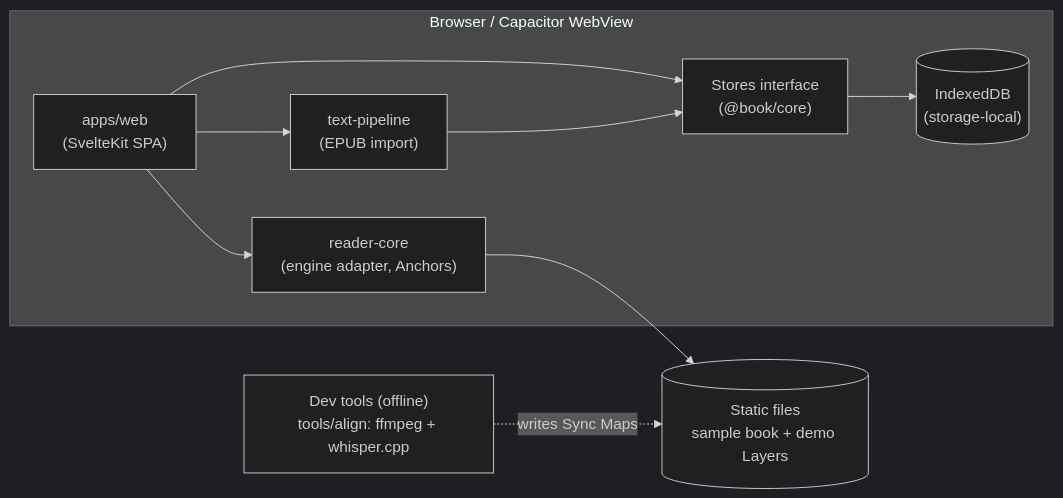
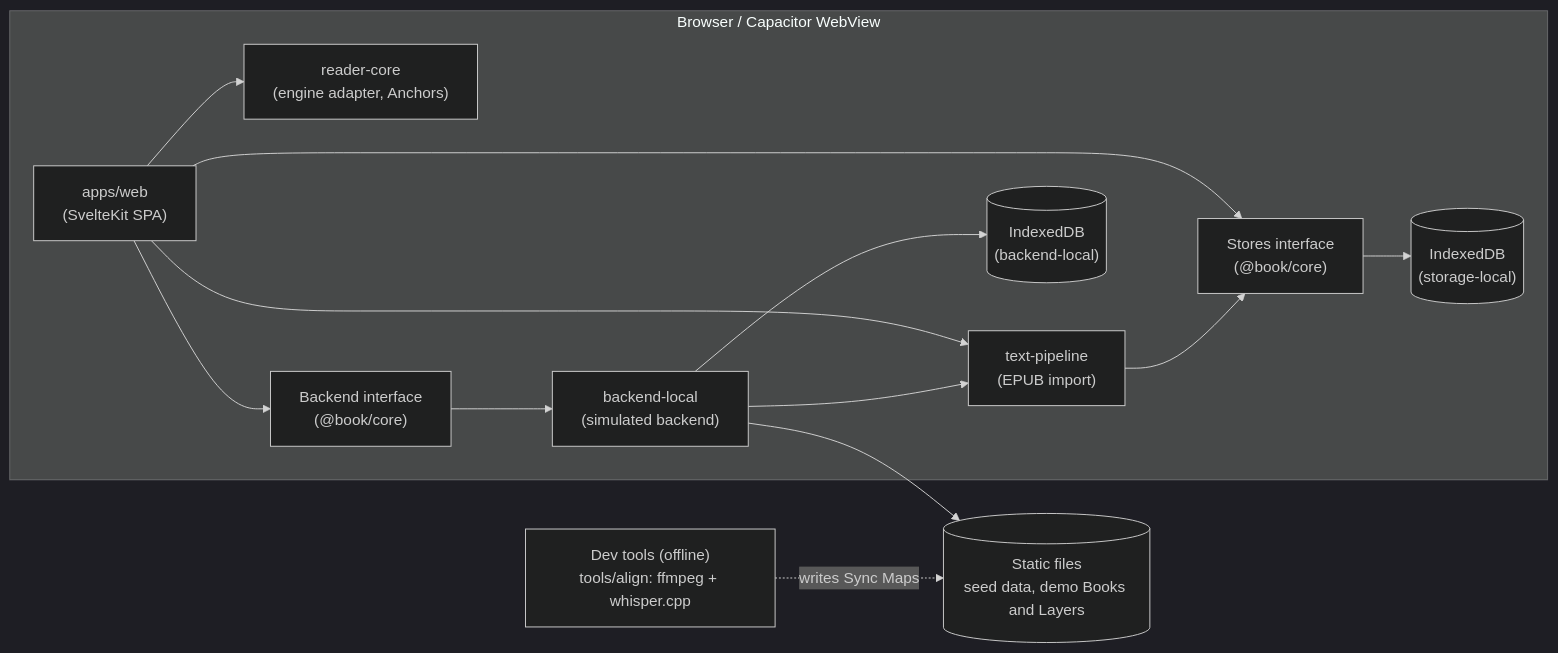
One commit to totallynotkasai/book-webapp changed the first of 2 diagrams in docs/DESIGN.md. Above: the diagram before and after it, drawn with Mermaid (dark theme). The commit also changed other lines of this file and 4 other files, not shown here.

````diff
--- a/docs/DESIGN.md
+++ b/docs/DESIGN.md
@@ -292,19 +296,24 @@
 ```mermaid
 flowchart LR
   subgraph Device["Browser / Capacitor WebView"]
     UI["apps/web<br/>(SvelteKit SPA)"]
     RC["reader-core<br/>(engine adapter, Anchors)"]
     TP["text-pipeline<br/>(EPUB import)"]
     Stores["Stores interface<br/>(@book/core)"]
     IDB[("IndexedDB<br/>(storage-local)")]
+    Backend["Backend interface<br/>(@book/core)"]
+    BL["backend-local<br/>(simulated backend)"]
+    IDB2[("IndexedDB<br/>(backend-local)")]
   end
-  Static[("Static files<br/>sample book + demo Layers")]
+  Static[("Static files<br/>seed data, demo Books and Layers")]
   Tools["Dev tools (offline)<br/>tools/align: ffmpeg + whisper.cpp"]
 
   UI --> RC
   UI --> TP
   UI --> Stores --> IDB
   TP --> Stores
-  RC --> Static
+  UI --> Backend --> BL --> IDB2
+  BL --> TP
+  BL --> Static
   Tools -. "writes Sync Maps" .-> Static
 ```
````
